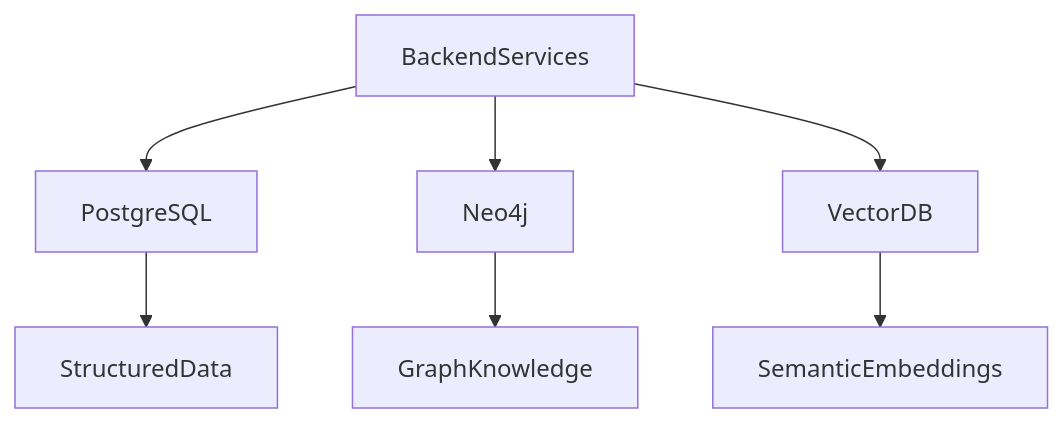
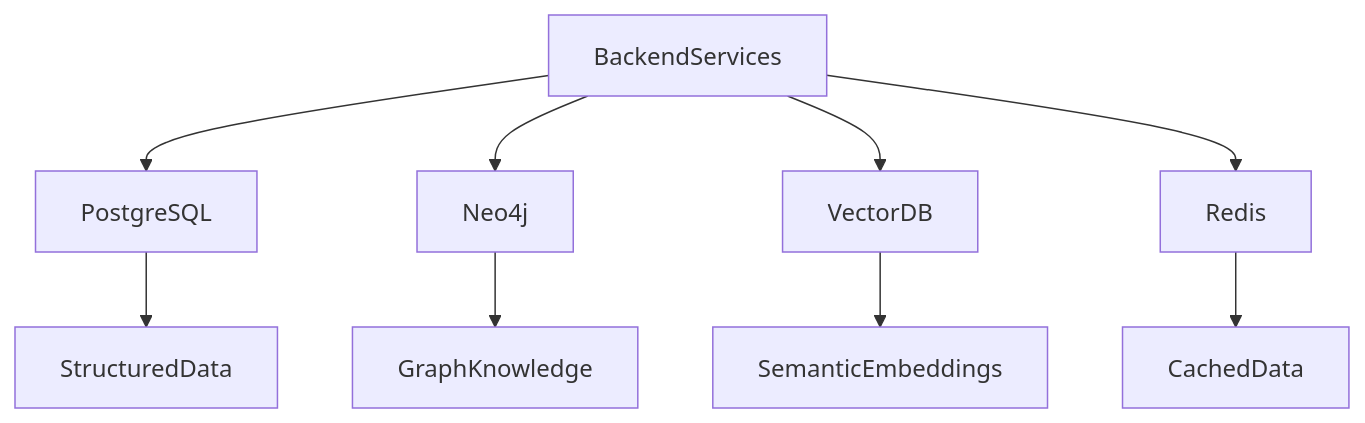
The first of 3 diagrams in docs/04-backend/database-architecture.md (koraayoztuurk/SentinelAI), drawn with Mermaid before and after one commit. The commit also changed other lines of this file and 2 other files, not shown here.

Commit message:
feat(docs): enhance API and database architecture documentation with clarity on controller responsibilities and caching strategies

````diff
--- a/docs/04-backend/database-architecture.md
+++ b/docs/04-backend/database-architecture.md
@@ -65,13 +74,15 @@
 ```mermaid
 flowchart TD
 
 BackendServices
 
 BackendServices --> PostgreSQL
 BackendServices --> Neo4j
 BackendServices --> VectorDB
+BackendServices --> Redis
 
 PostgreSQL --> StructuredData
 Neo4j --> GraphKnowledge
 VectorDB --> SemanticEmbeddings
+Redis --> CachedData
 ```
````
